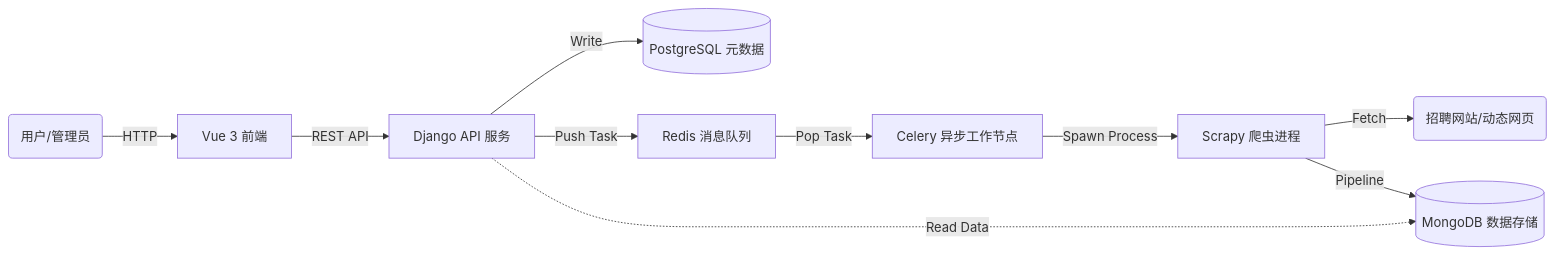
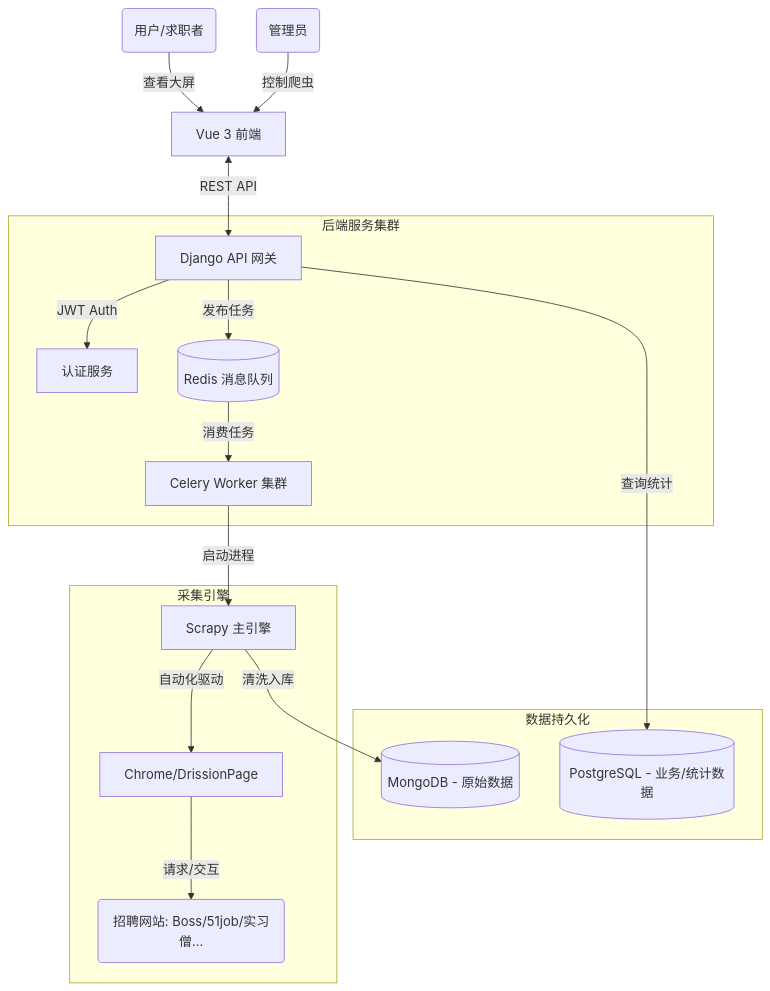
The diagram in README.md (YYP21052/SpiderScope), drawn with Mermaid before and after one commit. The commit also changed other lines of this file and 13 other files, not shown here.

````diff
--- a/README.md
+++ b/README.md
@@ -26,13 +45,23 @@
 ```mermaid
-graph LR
-    User(用户/管理员) -->|HTTP| Vue[Vue 3 前端]
-    Vue -->|REST API| Django[Django API 服务]
-    Django -->|Write| PG[(PostgreSQL 元数据)]
-    Django -->|Push Task| Redis[Redis 消息队列]
-    Redis -->|Pop Task| Celery[Celery 异步工作节点]
-    Celery -->|Spawn Process| Scrapy[Scrapy 爬虫进程]
-    Scrapy -->|Fetch| Web(招聘网站/动态网页)
-    Scrapy -->|Pipeline| Mongo[(MongoDB 数据存储)]
-    Django -.->|Read Data| Mongo
+graph TD
+    User(用户/求职者) -->|查看大屏| Vue[Vue 3 前端]
+    Admin(管理员) -->|控制爬虫| Vue
+    Vue <-->|REST API| Django[Django API 网关]
+    
+    subgraph "后端服务集群"
+        Django -->|JWT Auth| Auth[认证服务]
+        Django -->|发布任务| Redis[(Redis 消息队列)]
+        Redis -->|消费任务| Celery[Celery Worker 集群]
+    end
 
+    subgraph "采集引擎"
+        Celery -->|启动进程| Scrapy[Scrapy 主引擎]
+        Scrapy -->|自动化驱动| Chrome[Chrome/DrissionPage]
+        Chrome -->|请求/交互| Web(招聘网站: Boss/51job/实习僧...)
+    end
+
+    subgraph "数据持久化"
+        Scrapy -->|清洗入库| Mongo[(MongoDB - 原始数据)]
+        Django -->|查询统计| PG[(PostgreSQL - 业务/统计数据)]
+    end
 ```
````
